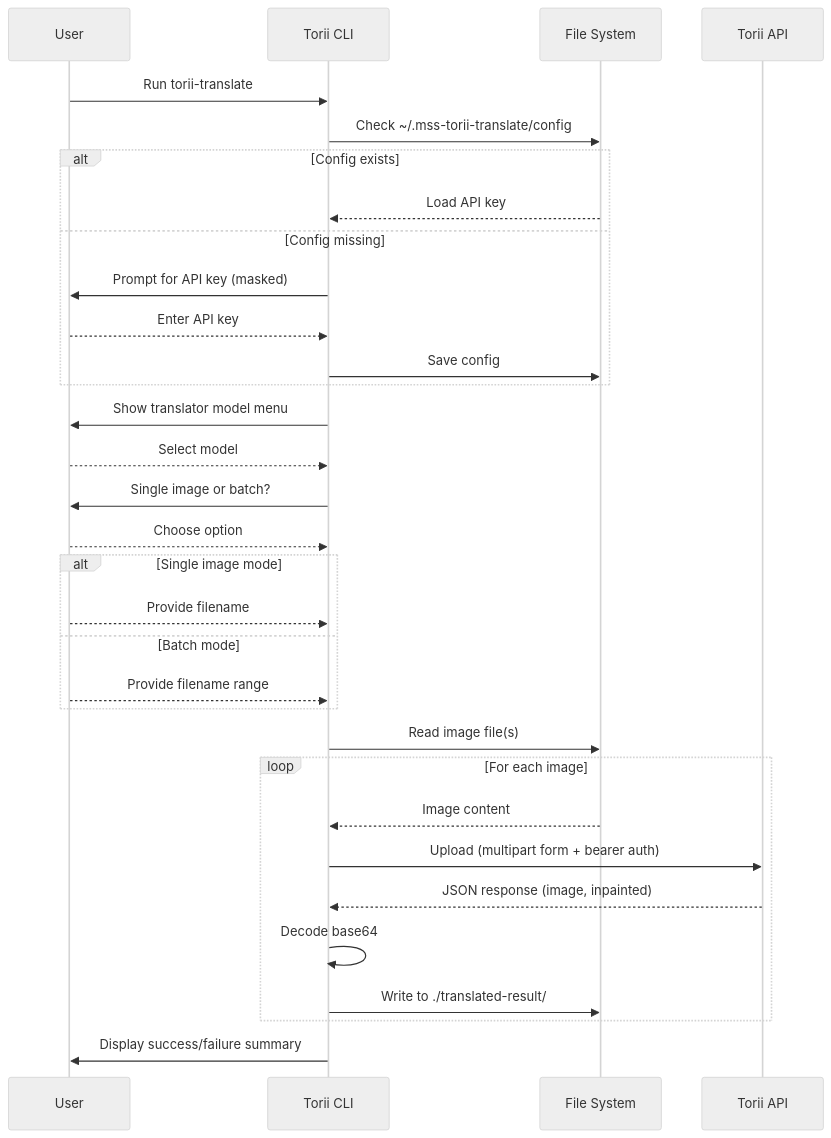
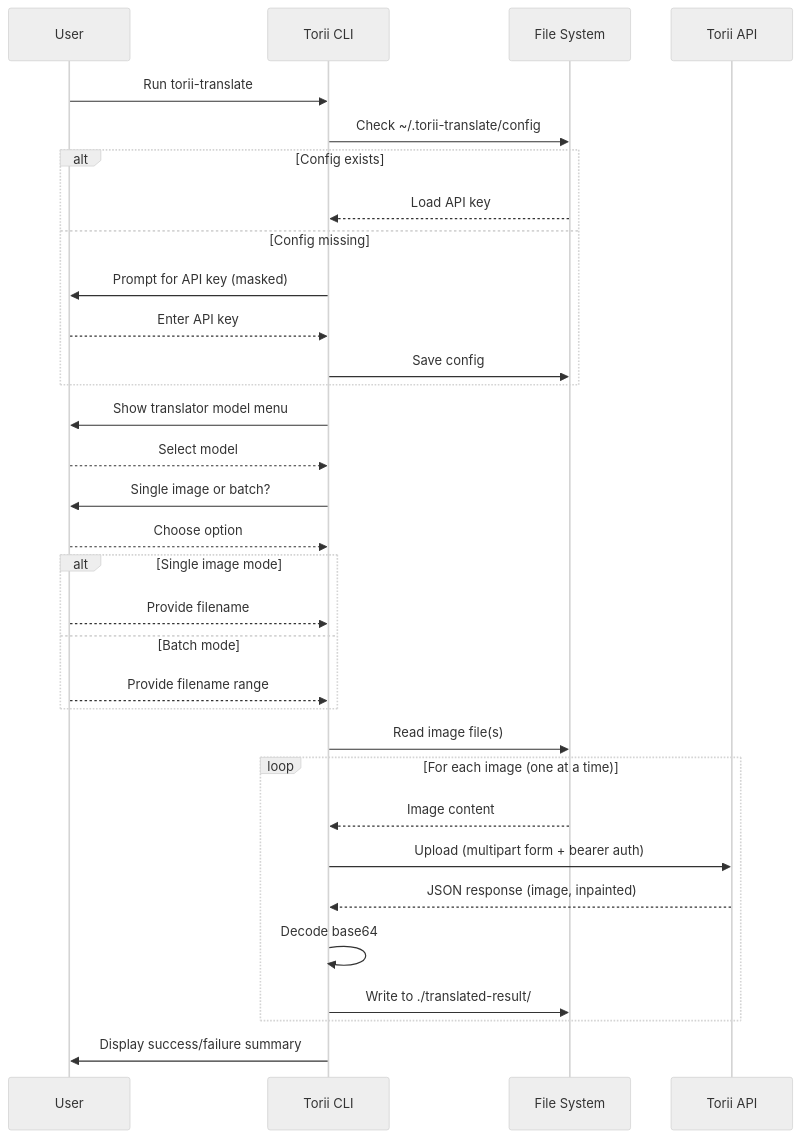
Before and after one commit to mssio/torii-translate: the diagram in README.md, drawn with Mermaid (neutral theme). The commit also changed other lines of this file and 3 other files, not shown here.

First line of the commit message:
Rename config dir, add API docs, and overhaul batch processing UX

````diff
--- a/README.md
+++ b/README.md
@@ -149,40 +159,40 @@
 ```mermaid
 sequenceDiagram
     participant User
     participant CLI as Torii CLI
     participant FileSystem as File System
     participant API as Torii API
 
     User->>CLI: Run torii-translate
-    CLI->>FileSystem: Check ~/.mss-torii-translate/config
+    CLI->>FileSystem: Check ~/.torii-translate/config
     alt Config exists
         FileSystem-->>CLI: Load API key
     else Config missing
         CLI->>User: Prompt for API key (masked)
         User-->>CLI: Enter API key
         CLI->>FileSystem: Save config
     end
 
     CLI->>User: Show translator model menu
     User-->>CLI: Select model
 
     CLI->>User: Single image or batch?
     User-->>CLI: Choose option
 
     alt Single image mode
         User-->>CLI: Provide filename
     else Batch mode
         User-->>CLI: Provide filename range
     end
 
     CLI->>FileSystem: Read image file(s)
-    loop For each image
-        FileSystem-->>CLI: Image content
-        CLI->>API: Upload (multipart form + bearer auth)
-        API-->>CLI: JSON response (image, inpainted)
-        CLI->>CLI: Decode base64
-        CLI->>FileSystem: Write to ./translated-result/
+    loop For each image (one at a time)
+            FileSystem-->>CLI: Image content
+            CLI->>API: Upload (multipart form + bearer auth)
+            API-->>CLI: JSON response (image, inpainted)
+            CLI->>CLI: Decode base64
+            CLI->>FileSystem: Write to ./translated-result/
     end
 
     CLI->>User: Display success/failure summary
 ```
````
